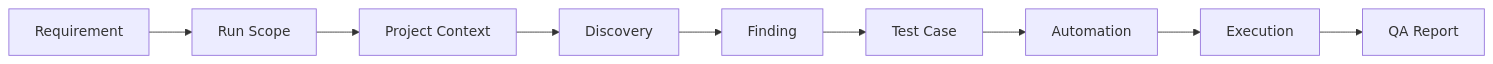
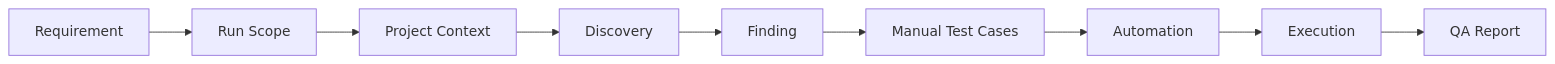
Before and after one commit to HusseinAtaHussein1/AISeatMap: the fifth of 5 diagrams in README.md, drawn with Mermaid. The commit also changed other lines of this file, not shown here.

````diff
--- a/README.md
+++ b/README.md
@@ -83,4 +380,21 @@
 ```mermaid
 flowchart LR
-R[Requirement] --> S[Run Scope] --> P[Project Context] --> D[Discovery] --> F[Finding] --> T[Test Case] --> A[Automation] --> E[Execution] --> Q[QA Report]
+
+Requirement
+
+--> RunScope["Run Scope"]
+
+--> Context["Project Context"]
+
+--> Discovery
+
+--> Finding
+
+--> ManualTests["Manual Test Cases"]
+
+--> Automation
+
+--> Execution
+
+--> Report["QA Report"]
 ```
````
